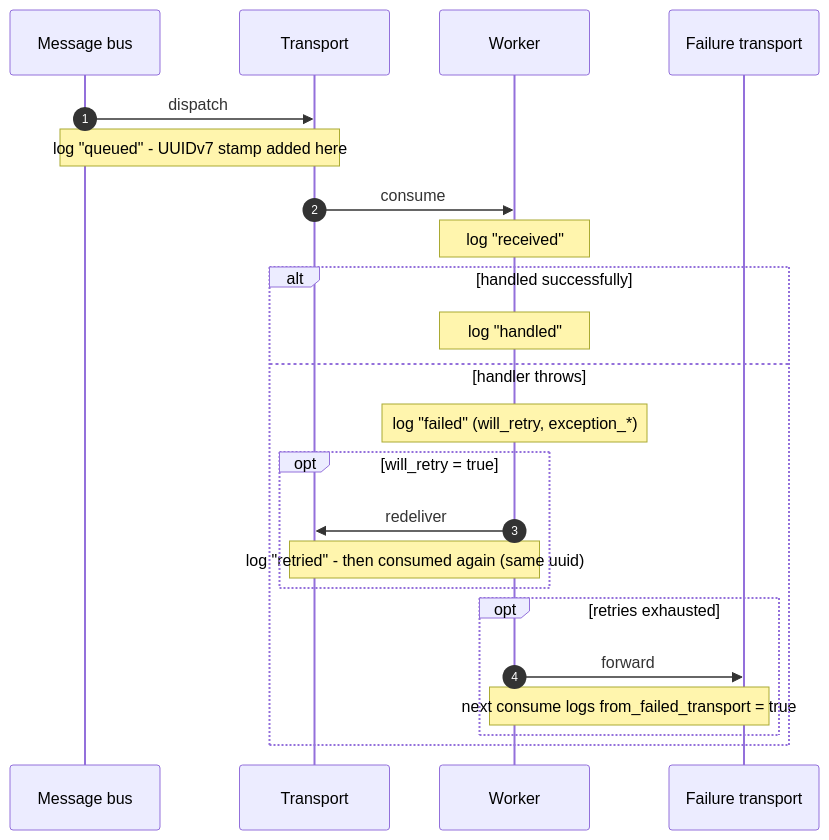
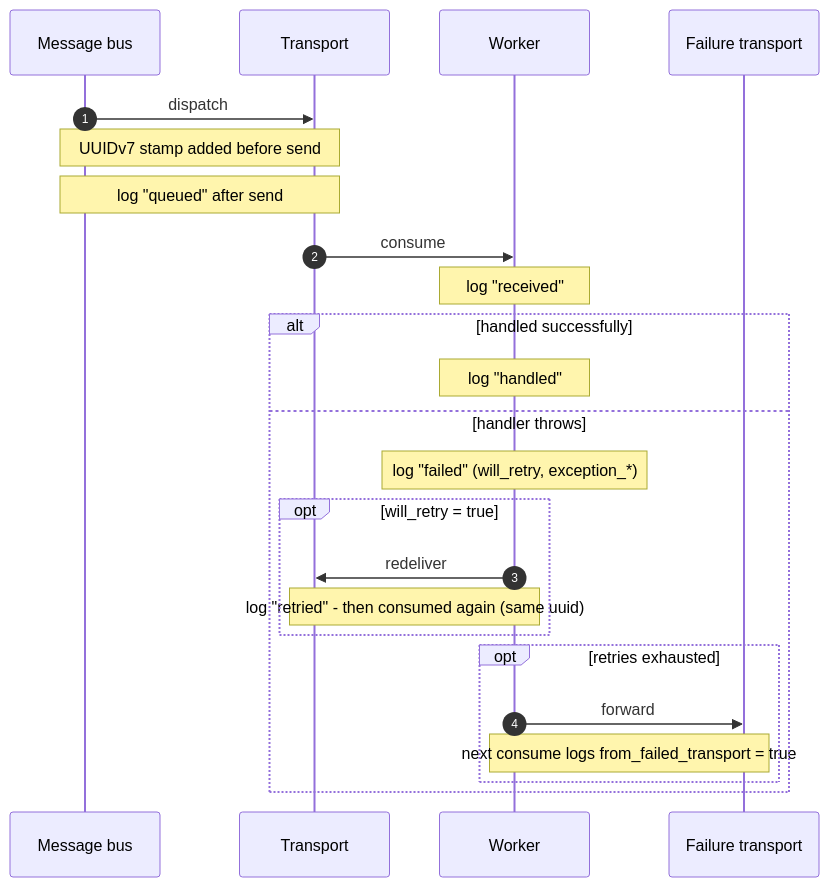
One commit to ckrack/messenger-logging-bundle changed the diagram in README.md. Above: the diagram before and after it, drawn with Mermaid. The commit also changed other lines of this file and 4 other files, not shown here.

Commit message:
refactor: log queued messages after transport send

````diff
--- a/README.md
+++ b/README.md
@@ -77,26 +77,27 @@
 ```mermaid
 sequenceDiagram
     autonumber
     participant Bus as Message bus
     participant T as Transport
     participant W as Worker
     participant FT as Failure transport
 
     Bus->>T: dispatch
-    Note over Bus,T: log "queued" - UUIDv7 stamp added here
+    Note over Bus,T: UUIDv7 stamp added before send
+    Note over Bus,T: log "queued" after send
     T->>W: consume
     Note over W: log "received"
     alt handled successfully
         Note over W: log "handled"
     else handler throws
         Note over W: log "failed" (will_retry, exception_*)
         opt will_retry = true
             W->>T: redeliver
             Note over W,T: log "retried" - then consumed again (same uuid)
         end
         opt retries exhausted
             W->>FT: forward
             Note over W,FT: next consume logs from_failed_transport = true
         end
     end
 ```
````
